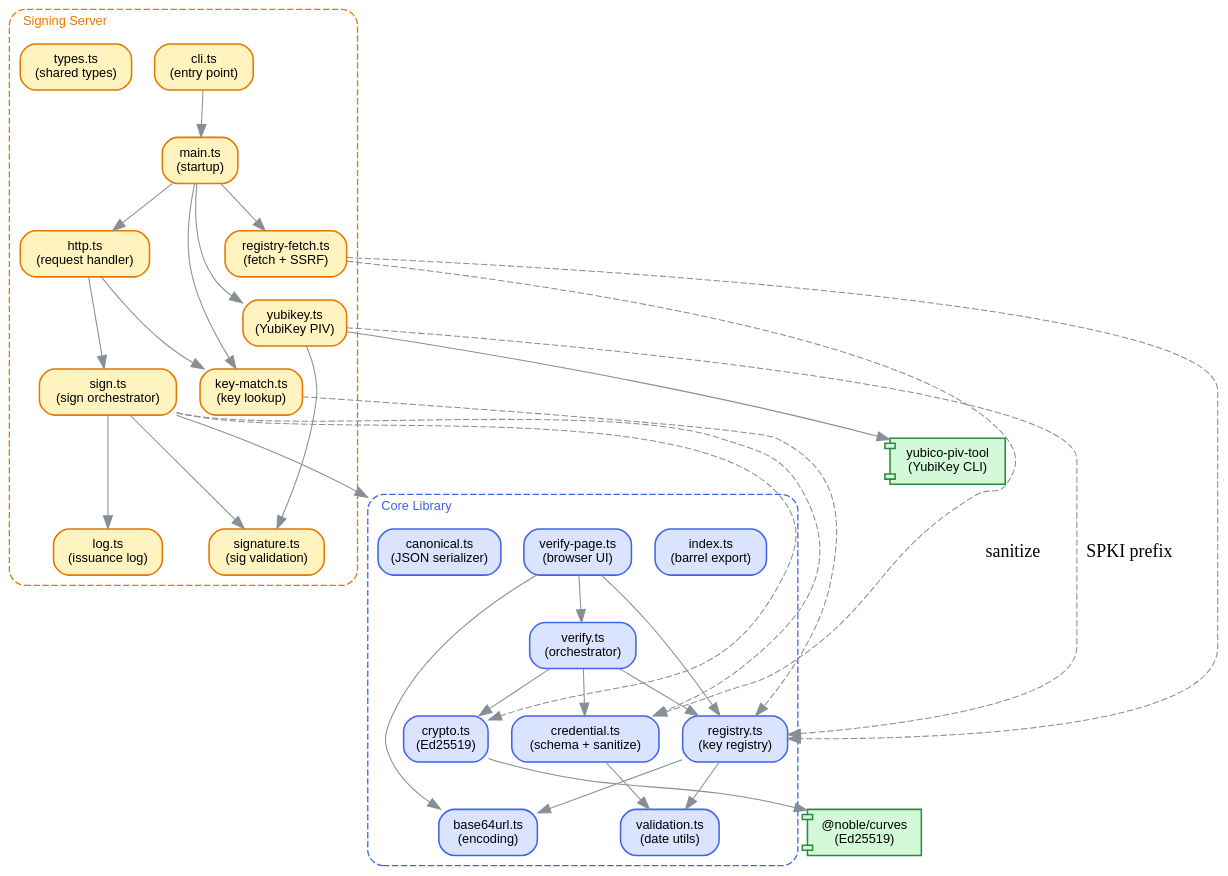
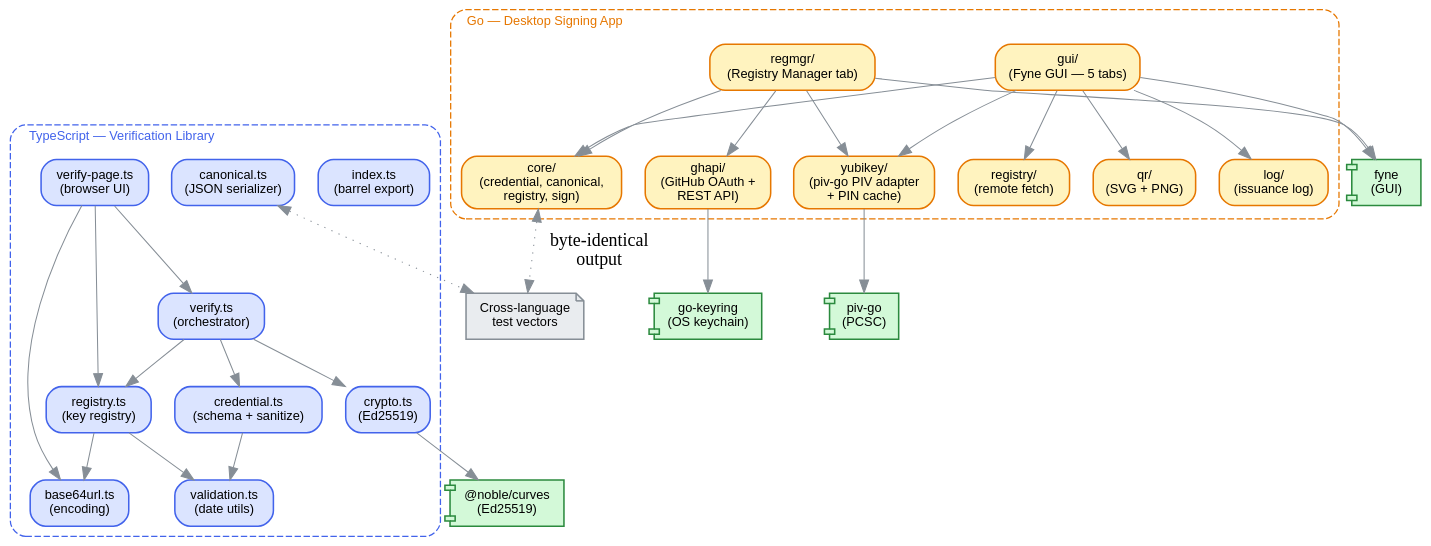
Before and after one commit to RoyalHouseOfGeorgia/rhg_authenticator: the diagram in docs/module-architecture.dot, drawn with Graphviz. The commit also changed 6 other files, not shown here.

Commit message:
updated README.md and architectural diagrams

```diff
--- a/docs/module-architecture.dot
+++ b/docs/module-architecture.dot
@@ -1,86 +1,87 @@
 digraph module_architecture {
     rankdir=TB;
     bgcolor="transparent";
     node [fontname="Helvetica", fontsize=10, style="filled,rounded", shape=box, penwidth=1.2];
     edge [color="#868e96", penwidth=0.8];
     compound=true;
 
-    // Core library
-    subgraph cluster_core {
-        label="Core Library";
+    // TypeScript verification library
+    subgraph cluster_ts {
+        label="TypeScript — Verification Library";
         labeljust=l;
         style="dashed,rounded";
         color="#4263eb";
         fontname="Helvetica";
         fontsize=10;
         fontcolor="#4263eb";
 
         index [label="index.ts\n(barrel export)", fillcolor="#dbe4ff", color="#4263eb"];
         verify [label="verify.ts\n(orchestrator)", fillcolor="#dbe4ff", color="#4263eb"];
         verify_page [label="verify-page.ts\n(browser UI)", fillcolor="#dbe4ff", color="#4263eb"];
         credential [label="credential.ts\n(schema + sanitize)", fillcolor="#dbe4ff", color="#4263eb"];
         crypto [label="crypto.ts\n(Ed25519)", fillcolor="#dbe4ff", color="#4263eb"];
         registry [label="registry.ts\n(key registry)", fillcolor="#dbe4ff", color="#4263eb"];
         validation [label="validation.ts\n(date utils)", fillcolor="#dbe4ff", color="#4263eb"];
         base64url [label="base64url.ts\n(encoding)", fillcolor="#dbe4ff", color="#4263eb"];
         canonical [label="canonical.ts\n(JSON serializer)", fillcolor="#dbe4ff", color="#4263eb"];
     }
 
-    // Server
-    subgraph cluster_server {
-        label="Signing Server";
+    // Go signing app
+    subgraph cluster_go {
+        label="Go — Desktop Signing App";
         labeljust=l;
         style="dashed,rounded";
         color="#e67700";
         fontname="Helvetica";
         fontsize=10;
         fontcolor="#e67700";
 
-        cli [label="cli.ts\n(entry point)", fillcolor="#fff3bf", color="#e67700"];
-        main [label="main.ts\n(startup)", fillcolor="#fff3bf", color="#e67700"];
-        http [label="http.ts\n(request handler)", fillcolor="#fff3bf", color="#e67700"];
-        sign [label="sign.ts\n(sign orchestrator)", fillcolor="#fff3bf", color="#e67700"];
-        reg_fetch [label="registry-fetch.ts\n(fetch + SSRF)", fillcolor="#fff3bf", color="#e67700"];
-        key_match [label="key-match.ts\n(key lookup)", fillcolor="#fff3bf", color="#e67700"];
-        yubikey [label="yubikey.ts\n(YubiKey PIV)", fillcolor="#fff3bf", color="#e67700"];
-        signature [label="signature.ts\n(sig validation)", fillcolor="#fff3bf", color="#e67700"];
-        log [label="log.ts\n(issuance log)", fillcolor="#fff3bf", color="#e67700"];
-        types [label="types.ts\n(shared types)", fillcolor="#fff3bf", color="#e67700"];
+        go_gui [label="gui/\n(Fyne GUI — 5 tabs)", fillcolor="#fff3bf", color="#e67700"];
+        go_core [label="core/\n(credential, canonical,\nregistry, sign)", fillcolor="#fff3bf", color="#e67700"];
+        go_regmgr [label="regmgr/\n(Registry Manager tab)", fillcolor="#fff3bf", color="#e67700"];
+        go_ghapi [label="ghapi/\n(GitHub OAuth +\nREST API)", fillcolor="#fff3bf", color="#e67700"];
+        go_yubikey [label="yubikey/\n(piv-go PIV adapter\n+ PIN cache)", fillcolor="#fff3bf", color="#e67700"];
+        go_qr [label="qr/\n(SVG + PNG)", fillcolor="#fff3bf", color="#e67700"];
+        go_log [label="log/\n(issuance log)", fillcolor="#fff3bf", color="#e67700"];
+        go_registry [label="registry/\n(remote fetch)", fillcolor="#fff3bf", color="#e67700"];
     }
 
-    // External
+    // External deps
     noble [label="@noble/curves\n(Ed25519)", shape=component, fillcolor="#d3f9d8", color="#2b8a3e"];
-    yubikey_hw [label="yubico-piv-tool\n(YubiKey CLI)", shape=component, fillcolor="#d3f9d8", color="#2b8a3e"];
+    pivgo [label="piv-go\n(PCSC)", shape=component, fillcolor="#d3f9d8", color="#2b8a3e"];
+    fyne [label="fyne\n(GUI)", shape=component, fillcolor="#d3f9d8", color="#2b8a3e"];
+    keyring [label="go-keyring\n(OS keychain)", shape=component, fillcolor="#d3f9d8", color="#2b8a3e"];
 
-    // Core deps
+    // Cross-language link
+    vectors [label="Cross-language\ntest vectors", shape=note, fillcolor="#e9ecef", color="#868e96"];
+
+    // TypeScript core deps
     verify -> credential;
     verify -> crypto;
     verify -> registry;
     verify_page -> verify;
     verify_page -> base64url;
     verify_page -> registry;
     credential -> validation;
     registry -> base64url;
     registry -> validation;
     crypto -> noble;
 
-    // Server deps
-    cli -> main;
-    main -> http;
-    main -> yubikey;
-    main -> reg_fetch;
-    main -> key_match;
-    http -> sign;
-    http -> key_match;
-    sign -> canonical [lhead=cluster_core];
-    sign -> signature;
-    sign -> log;
-    sign -> credential [style=dashed];
-    sign -> crypto [style=dashed];
-    reg_fetch -> registry [style=dashed];
-    reg_fetch -> credential [style=dashed, label="sanitize"];
-    key_match -> registry [style=dashed];
-    yubikey -> yubikey_hw;
-    yubikey -> signature;
-    yubikey -> registry [style=dashed, label="SPKI prefix"];
+    // Go internal deps
+    go_gui -> go_core;
+    go_gui -> go_yubikey;
+    go_gui -> go_qr;
+    go_gui -> go_log;
+    go_gui -> go_registry;
+    go_regmgr -> go_core;
+    go_regmgr -> go_ghapi;
+    go_regmgr -> go_yubikey;
+    go_yubikey -> pivgo;
+    go_gui -> fyne;
+    go_regmgr -> fyne;
+    go_ghapi -> keyring;
+
+    // Cross-language
+    go_core -> vectors [style=dotted, dir=both, label="byte-identical\noutput"];
+    canonical -> vectors [style=dotted, dir=both];
 }
```
